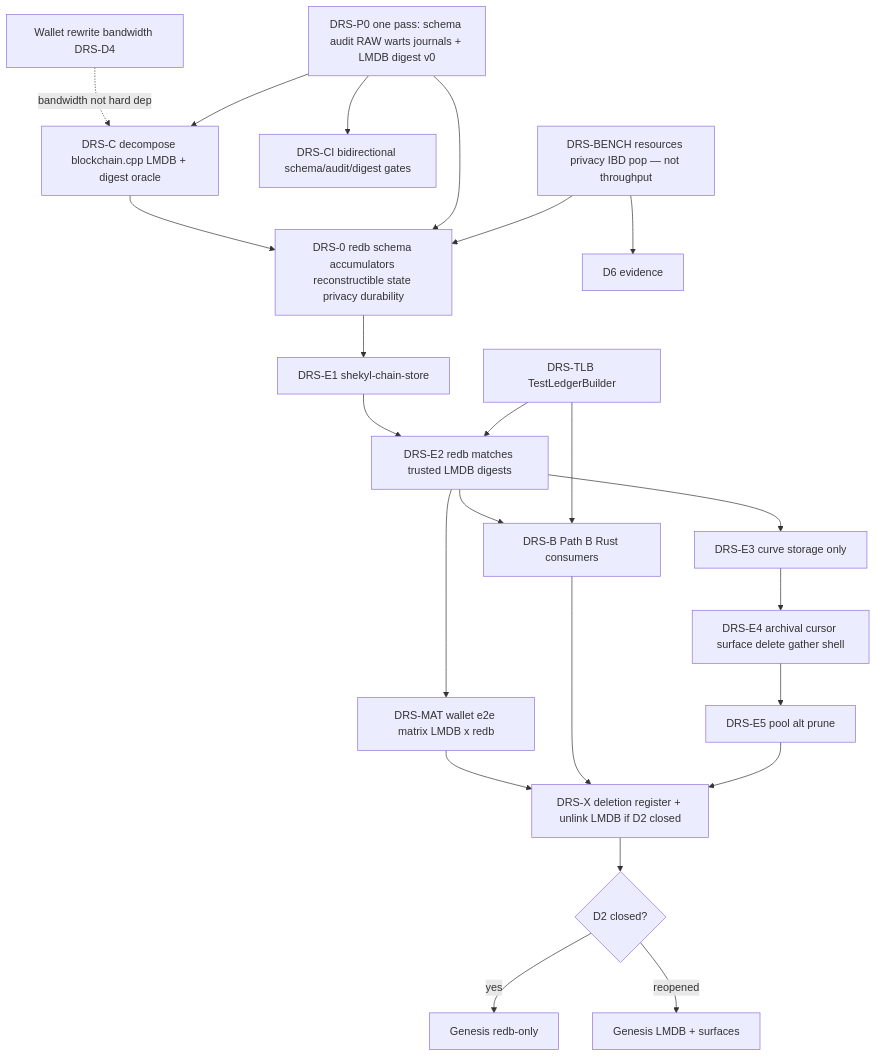
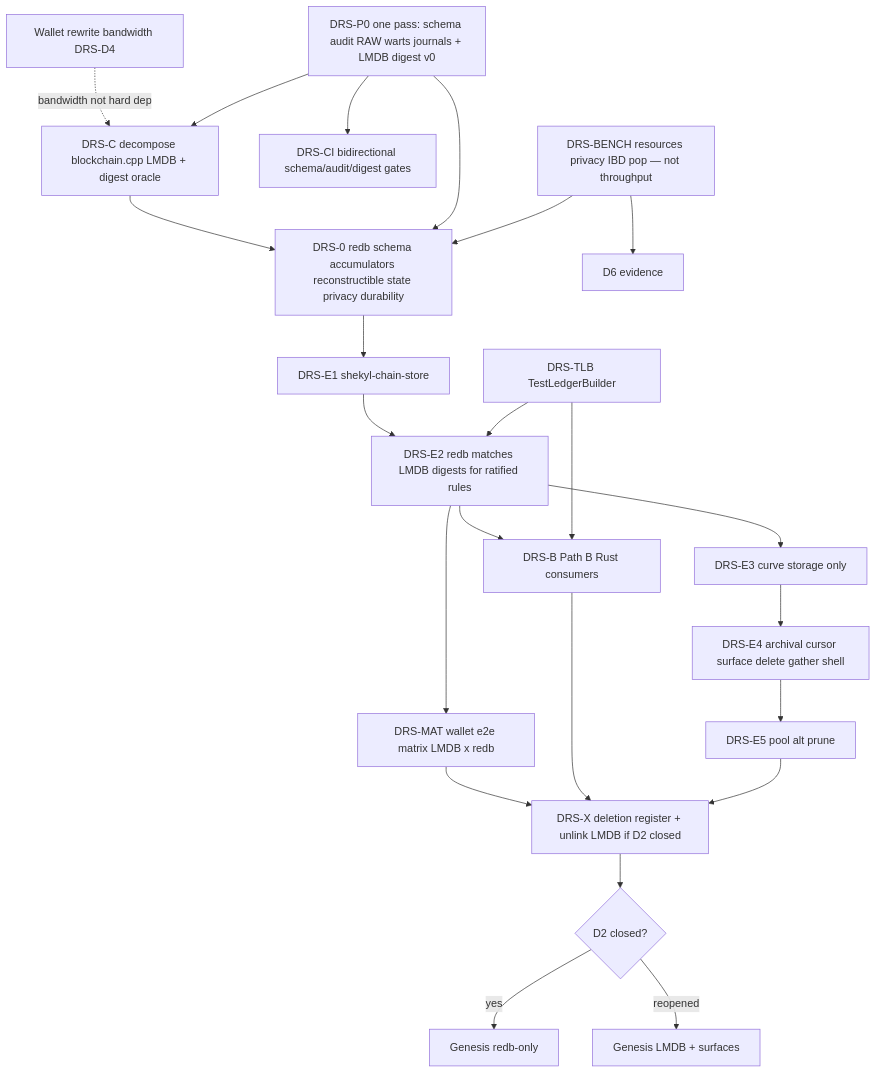
One commit to Shekyl-Foundation/shekyl-core changed the diagram in docs/design/DAEMON_REDB_STORE.md. Above: the diagram before and after it, drawn with Mermaid. The commit also changed other lines of this file and 3 other files, not shown here.

````diff
--- a/docs/design/DAEMON_REDB_STORE.md
+++ b/docs/design/DAEMON_REDB_STORE.md
@@ -478,40 +491,40 @@
 ```mermaid
 flowchart TD
   BENCH[DRS-BENCH resources privacy IBD pop — not throughput]
   P0[DRS-P0 one pass: schema audit RAW warts journals + LMDB digest v0]
   CI[DRS-CI bidirectional schema/audit/digest gates]
   TLB[DRS-TLB TestLedgerBuilder]
   W[Wallet rewrite bandwidth DRS-D4]
   C[DRS-C decompose blockchain.cpp LMDB + digest oracle]
   D0[DRS-0 redb schema accumulators reconstructible state privacy durability]
   E1[DRS-E1 shekyl-chain-store]
-  E2[DRS-E2 redb matches trusted LMDB digests]
+  E2[DRS-E2 redb matches LMDB digests for ratified rules]
   E3[DRS-E3 curve storage only]
   E4[DRS-E4 archival cursor surface delete gather shell]
   E5[DRS-E5 pool alt prune]
   B[DRS-B Path B Rust consumers]
   MAT[DRS-MAT wallet e2e matrix LMDB x redb]
   X[DRS-X deletion register + unlink LMDB if D2 closed]
   G{D2 closed?}
   G1[Genesis redb-only]
   G2[Genesis LMDB + surfaces]
   BENCH --> D0
   BENCH --> D6ev[D6 evidence]
   P0 --> CI
   P0 --> C
   P0 --> D0
   TLB --> E2
   TLB --> B
   W -.->|bandwidth not hard dep| C
   C --> D0
   D0 --> E1 --> E2
   E2 --> E3 --> E4 --> E5
   E2 --> MAT
   E2 --> B
   E5 --> X
   B --> X
   MAT --> X
   X --> G
   G -->|yes| G1
   G -->|reopened| G2
 ```
````
